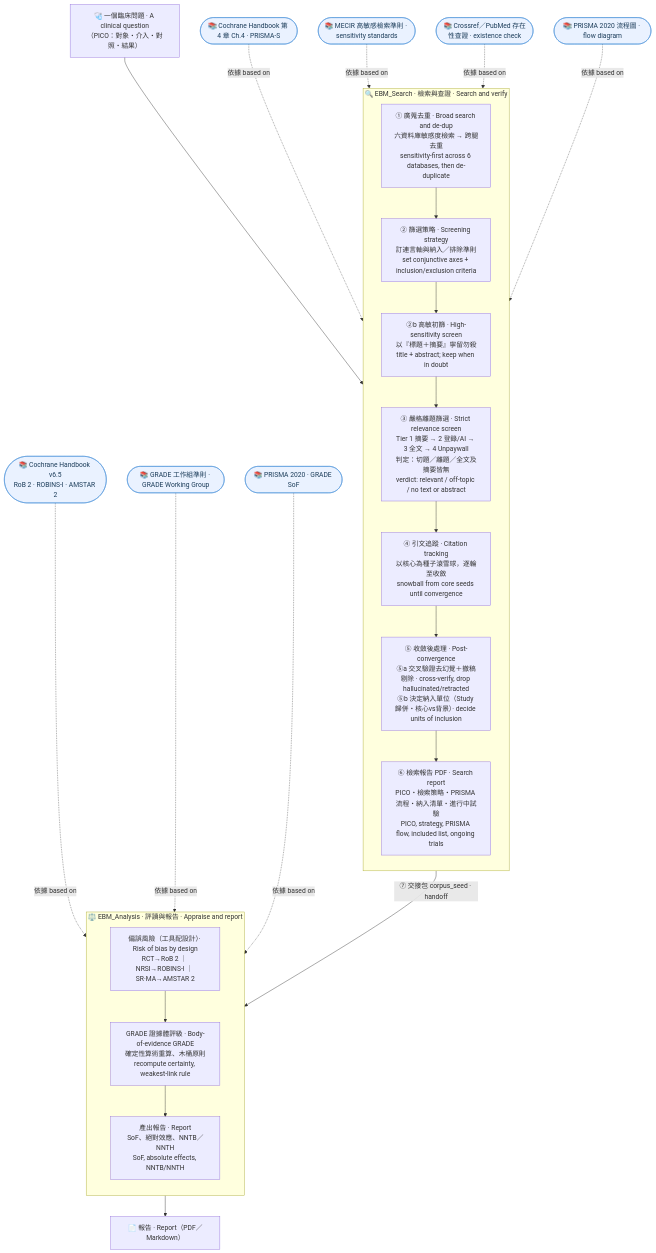
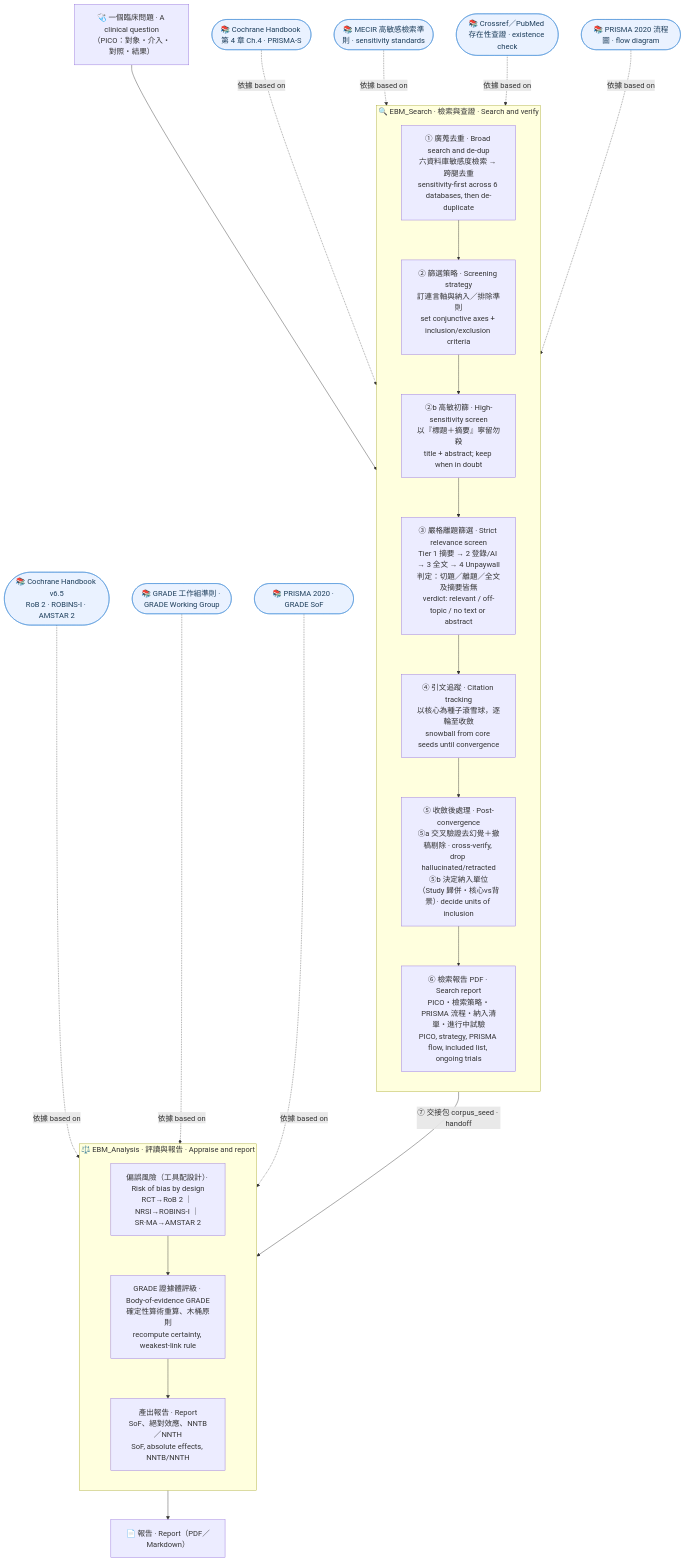
The diagram in README.md (kau10082/EBM_Framework), drawn with Mermaid before and after one commit.

Commit message:
docs(readme): bump flowchart font to 18px + wider node padding/spacing
加 Mermaid init 指令：fontSize 18px、flowchart padding 18、nodeSpacing 55、rankSpacing 70，讓方格更寬、字更大、整體更好讀。

````diff
--- a/README.md
+++ b/README.md
@@ -37,39 +37,40 @@
 ```mermaid
+%%{init: {"themeVariables": {"fontSize": "18px"}, "flowchart": {"padding": 18, "nodeSpacing": 55, "rankSpacing": 70}}}%%
 flowchart TD
     Q["🩺 一個臨床問題 · A clinical question<br/>（PICO：對象・介入・對照・結果）"]
 
     subgraph S["🔍 EBM_Search · 檢索與查證 · Search and verify"]
       direction TB
       S1["① 廣蒐去重 · Broad search and de-dup<br/>六資料庫敏感度檢索 → 跨腿去重<br/>sensitivity-first across 6 databases, then de-duplicate"]
       S2["② 篩選策略 · Screening strategy<br/>訂連言軸與納入／排除準則<br/>set conjunctive axes + inclusion/exclusion criteria"]
       S2b["②b 高敏初篩 · High-sensitivity screen<br/>以『標題＋摘要』寧留勿殺<br/>title + abstract; keep when in doubt"]
       S3["③ 嚴格離題篩選 · Strict relevance screen<br/>Tier 1 摘要 → 2 登錄/AI → 3 全文 → 4 Unpaywall<br/>判定：切題／離題／全文及摘要皆無<br/>verdict: relevant / off-topic / no text or abstract"]
       S4["④ 引文追蹤 · Citation tracking<br/>以核心為種子滾雪球，逐輪至收斂<br/>snowball from core seeds until convergence"]
       S5["⑤ 收斂後處理 · Post-convergence<br/>⑤a 交叉驗證去幻覺＋撤稿剔除 · cross-verify, drop hallucinated/retracted<br/>⑤b 決定納入單位（Study 歸併・核心vs背景）· decide units of inclusion"]
       S6["⑥ 檢索報告 PDF · Search report<br/>PICO・檢索策略・PRISMA 流程・納入清單・進行中試驗<br/>PICO, strategy, PRISMA flow, included list, ongoing trials"]
       S1 --> S2 --> S2b --> S3 --> S4 --> S5 --> S6
     end
 
     subgraph N["⚖️ EBM_Analysis · 評讀與報告 · Appraise and report"]
       direction TB
       D["偏誤風險（工具配設計）· Risk of bias by design<br/>RCT→RoB 2 ｜ NRSI→ROBINS-I ｜ SR·MA→AMSTAR 2"]
       E["GRADE 證據體評級 · Body-of-evidence GRADE<br/>確定性算術重算、木桶原則<br/>recompute certainty, weakest-link rule"]
       F["產出報告 · Report<br/>SoF、絕對效應、NNTB／NNTH<br/>SoF, absolute effects, NNTB/NNTH"]
       D --> E --> F
     end
 
     Q --> S1
     S6 -->|"⑦ 交接包 corpus_seed · handoff"| D
     F --> R["📄 報告 · Report（PDF／Markdown）"]
 
     g1(["📚 Cochrane Handbook 第 4 章 Ch.4 · PRISMA-S"]) -. 依據 based on .-> S1
     g2(["📚 MECIR 高敏感檢索準則 · sensitivity standards"]) -. 依據 based on .-> S2b
     g5(["📚 Crossref／PubMed 存在性查證 · existence check"]) -. 依據 based on .-> S5
     g6(["📚 PRISMA 2020 流程圖 · flow diagram"]) -. 依據 based on .-> S6
     gD(["📚 Cochrane Handbook v6.5<br/>RoB 2 · ROBINS-I · AMSTAR 2"]) -. 依據 based on .-> D
     gE(["📚 GRADE 工作組準則 · GRADE Working Group"]) -. 依據 based on .-> E
     gF(["📚 PRISMA 2020 · GRADE SoF"]) -. 依據 based on .-> F
 
     classDef std fill:#eaf2ff,stroke:#4a90d9,color:#1c3d5a;
     class g1,g2,g5,g6,gD,gE,gF std;
 ```
````
